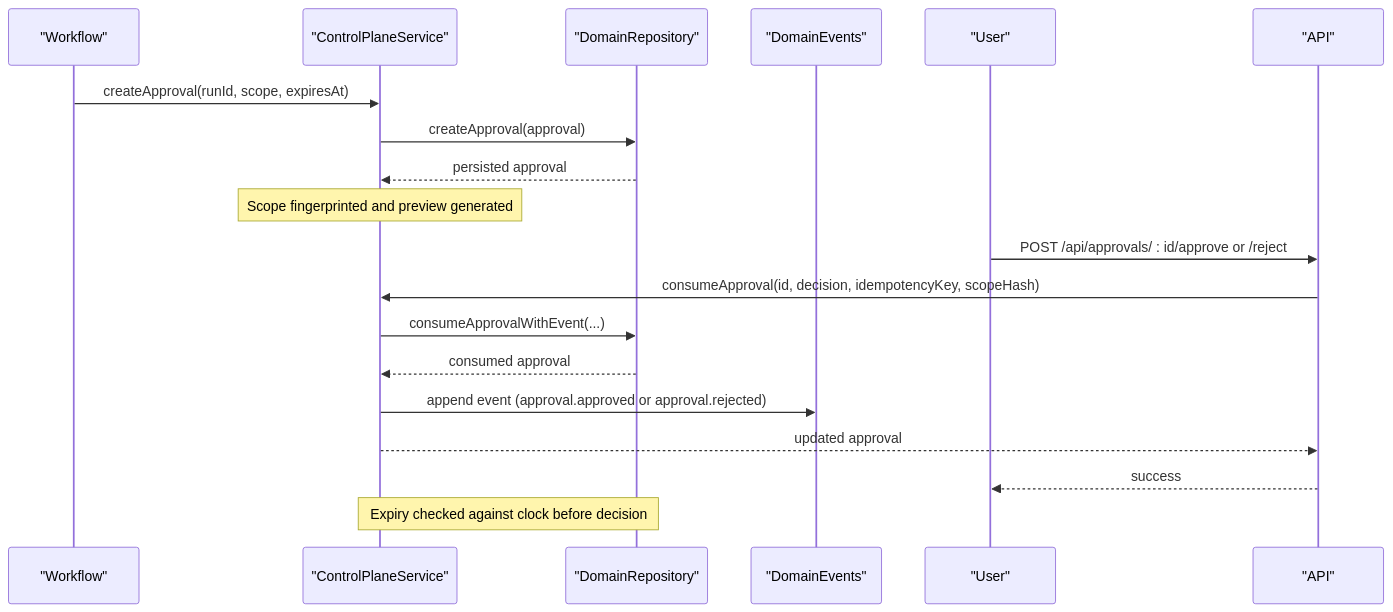
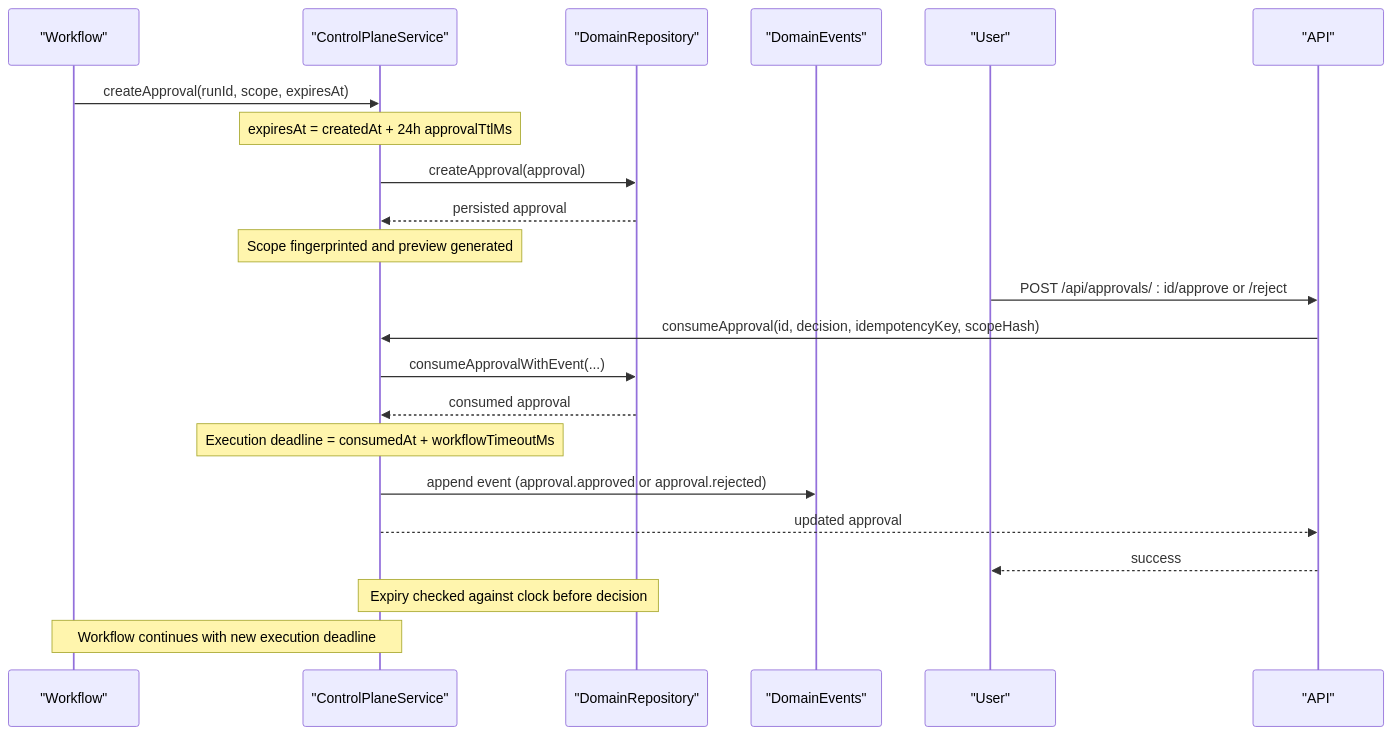
The fifth of 8 diagrams in .qoder/repowiki/en/content/Monitoring and Operations/Dashboard and User Interface/Inbox System and Approvals/Inbox System and Approvals.md (vmyazin/agent-os-passerine), drawn with Mermaid before and after one commit. The commit also changed other lines of this file and 133 other files, not shown here.

````diff
--- a/.qoder/repowiki/en/content/Monitoring and Operations/Dashboard and User Interface/Inbox System and Approvals/Inbox System and Approvals.md
+++ b/.qoder/repowiki/en/content/Monitoring and Operations/Dashboard and User Interface/Inbox System and Approvals/Inbox System and Approvals.md
@@ -271,21 +309,24 @@
 ```mermaid
 sequenceDiagram
 participant W as "Workflow"
 participant S as "ControlPlaneService"
 participant R as "DomainRepository"
 participant E as "DomainEvents"
 participant U as "User"
 participant A as "API"
 W->>S : createApproval(runId, scope, expiresAt)
+Note over S : expiresAt = createdAt + 24h approvalTtlMs
 S->>R : createApproval(approval)
 R-->>S : persisted approval
 Note over S : Scope fingerprinted and preview generated
 U->>A : POST /api/approvals/ : id/approve or /reject
 A->>S : consumeApproval(id, decision, idempotencyKey, scopeHash)
 S->>R : consumeApprovalWithEvent(...)
 R-->>S : consumed approval
+Note over S : Execution deadline = consumedAt + workflowTimeoutMs
 S->>E : append event (approval.approved or approval.rejected)
 S-->>A : updated approval
 A-->>U : success
 Note over S,R : Expiry checked against clock before decision
+Note over W,S : Workflow continues with new execution deadline
 ```
````
